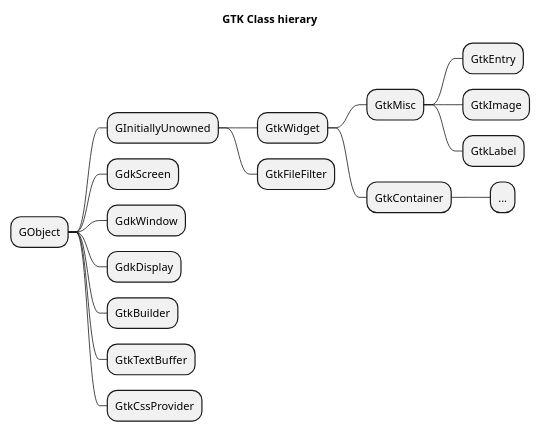
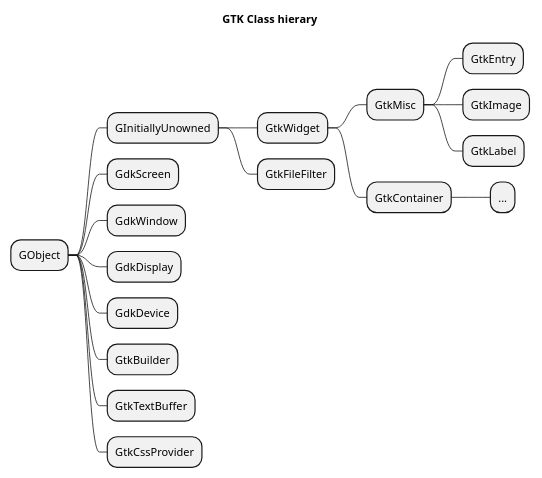
One commit to MARTIMM/gtk-v3 changed the first of 5 diagrams in doc/Design.md. Above: the diagram before and after it, drawn with PlantUML. The commit also changed other lines of this file, not shown here.

````diff
--- a/doc/Design.md
+++ b/doc/Design.md
@@ -38,26 +42,27 @@
 ```plantuml
 @startmindmap
 scale 0.7
 
 title GTK Class hierary
 * GObject
  * GInitiallyUnowned
   * GtkWidget
    * GtkMisc
     * GtkEntry
     * GtkImage
     * GtkLabel
    * GtkContainer
     * ...
 
   * GtkFileFilter
 
  * GdkScreen
  * GdkWindow
  * GdkDisplay
+ * GdkDevice
 
  * GtkBuilder
  * GtkTextBuffer
  * GtkCssProvider
 @endmindmap
 ```
````
